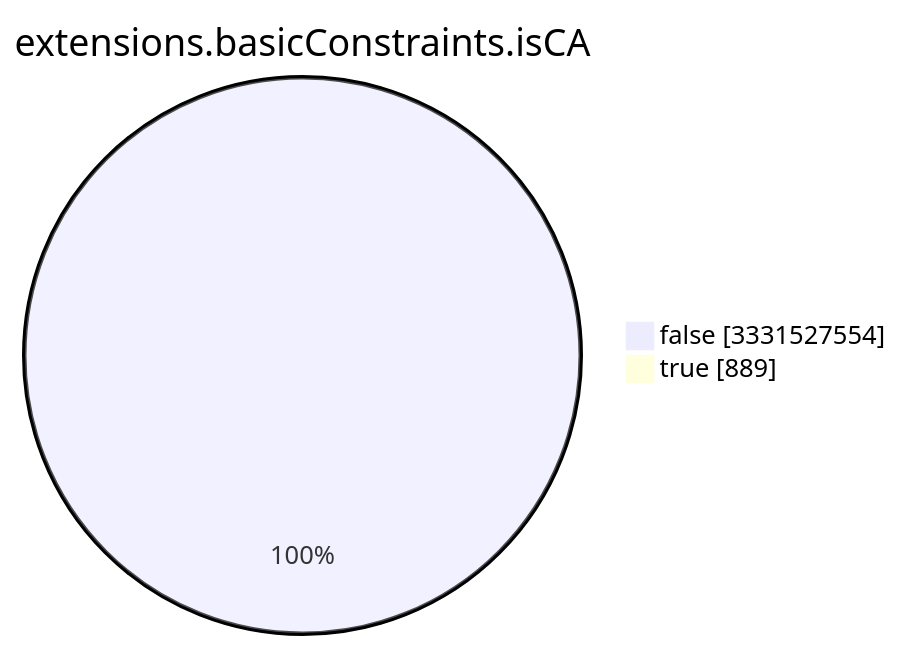
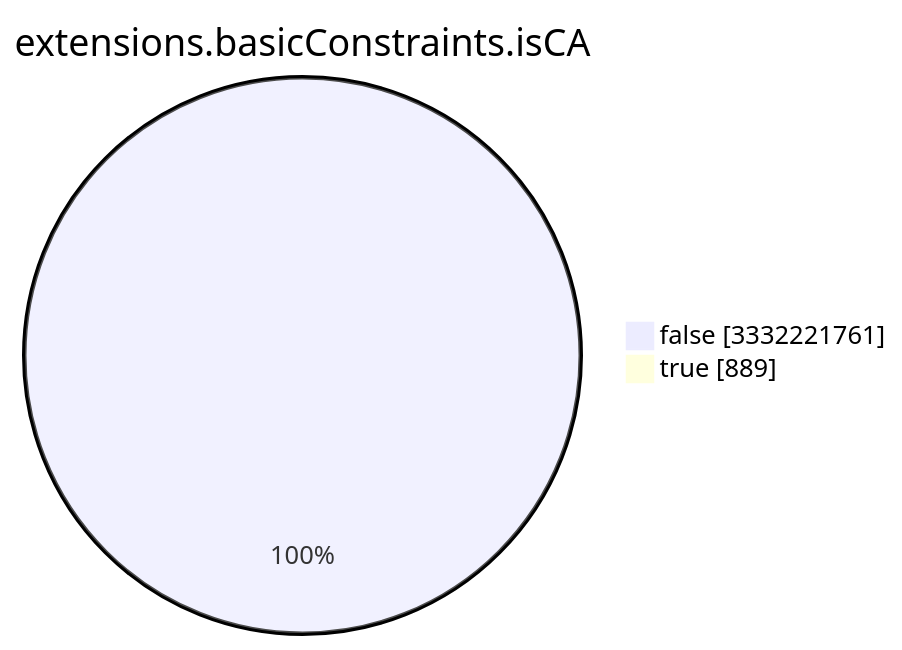
One commit to christiankrug/ctmonitor_visualization changed the seventh of 15 diagrams in TOTAL/README.md. Above: the diagram before and after it, drawn with Mermaid. The commit also changed other lines of this file, not shown here.

````diff
--- a/TOTAL/README.md
+++ b/TOTAL/README.md
@@ -3089,6 +3089,6 @@
 ```mermaid
 pie showData
 title extensions.basicConstraints.isCA
-"false" :3331527554
+"false" :3332221761
 "true" :889
 ```
````
